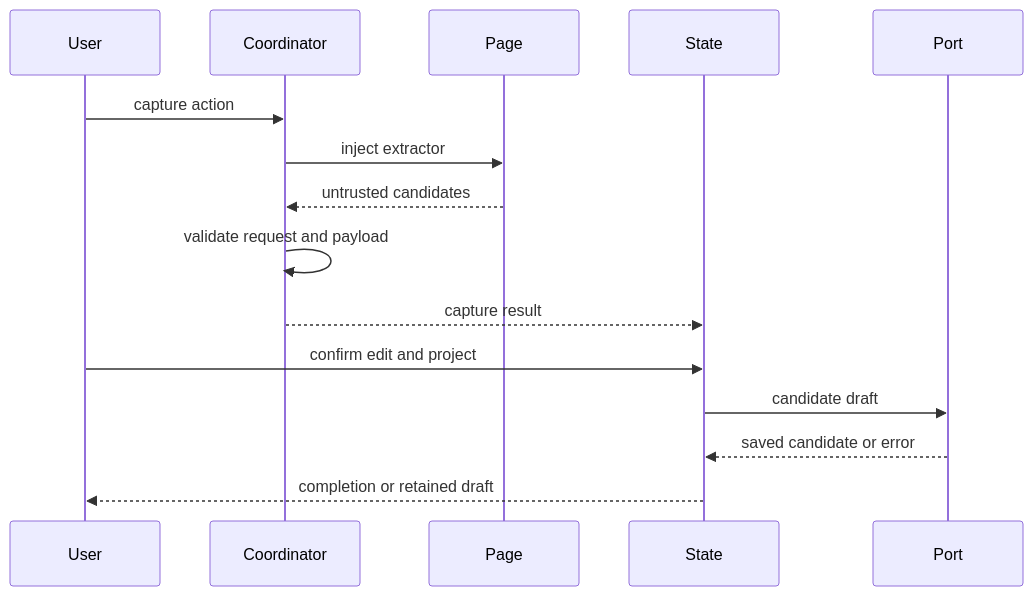
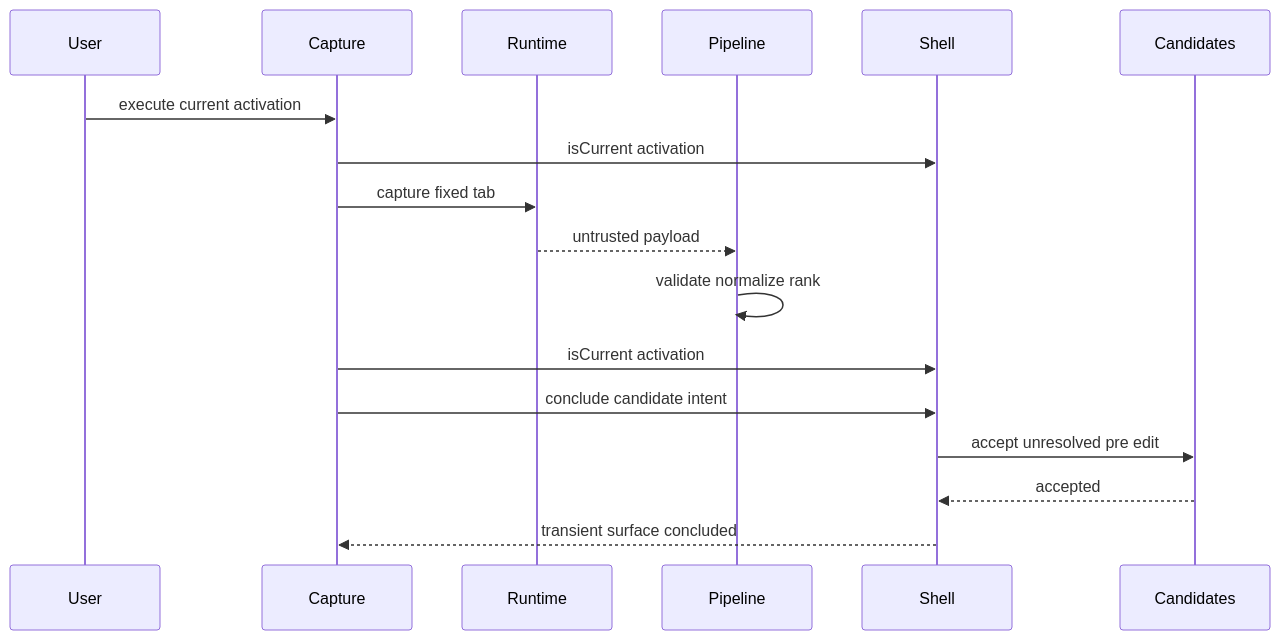
The second of 3 diagrams in .kiro/specs/product-page-capture/design.md (Huruikagi/pc-build-planner), drawn with Mermaid before and after one commit. The commit also changed other lines of this file and 58 other files, not shown here.

````diff
--- a/.kiro/specs/product-page-capture/design.md
+++ b/.kiro/specs/product-page-capture/design.md
@@ -140,17 +153,19 @@
 ```mermaid
 sequenceDiagram
     participant User
-    participant Coordinator
-    participant Page
-    participant State
-    participant Port
-    User->>Coordinator: capture action
-    Coordinator->>Page: inject extractor
-    Page-->>Coordinator: untrusted candidates
-    Coordinator->>Coordinator: validate request and payload
-    Coordinator-->>State: capture result
-    User->>State: confirm edit and project
-    State->>Port: candidate draft
-    Port-->>State: saved candidate or error
-    State-->>User: completion or retained draft
+    participant Capture
+    participant Runtime
+    participant Pipeline
+    participant Shell
+    participant Candidates
+    User->>Capture: execute current activation
+    Capture->>Shell: isCurrent activation
+    Capture->>Runtime: capture fixed tab
+    Runtime-->>Pipeline: untrusted payload
+    Pipeline->>Pipeline: validate normalize rank
+    Capture->>Shell: isCurrent activation
+    Capture->>Shell: conclude candidate intent
+    Shell->>Candidates: accept unresolved pre edit
+    Candidates-->>Shell: accepted
+    Shell-->>Capture: transient surface concluded
 ```
````
